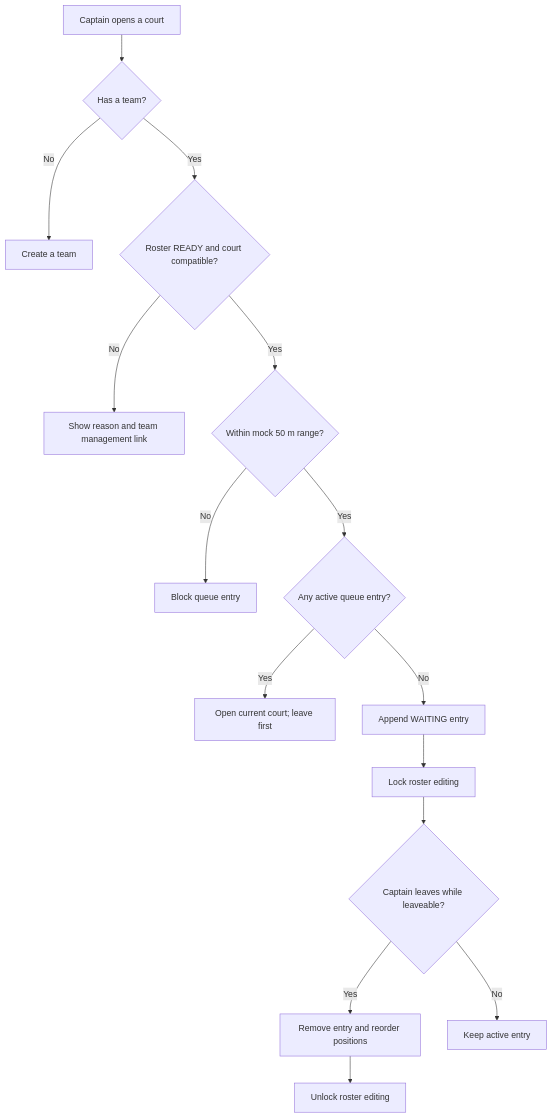
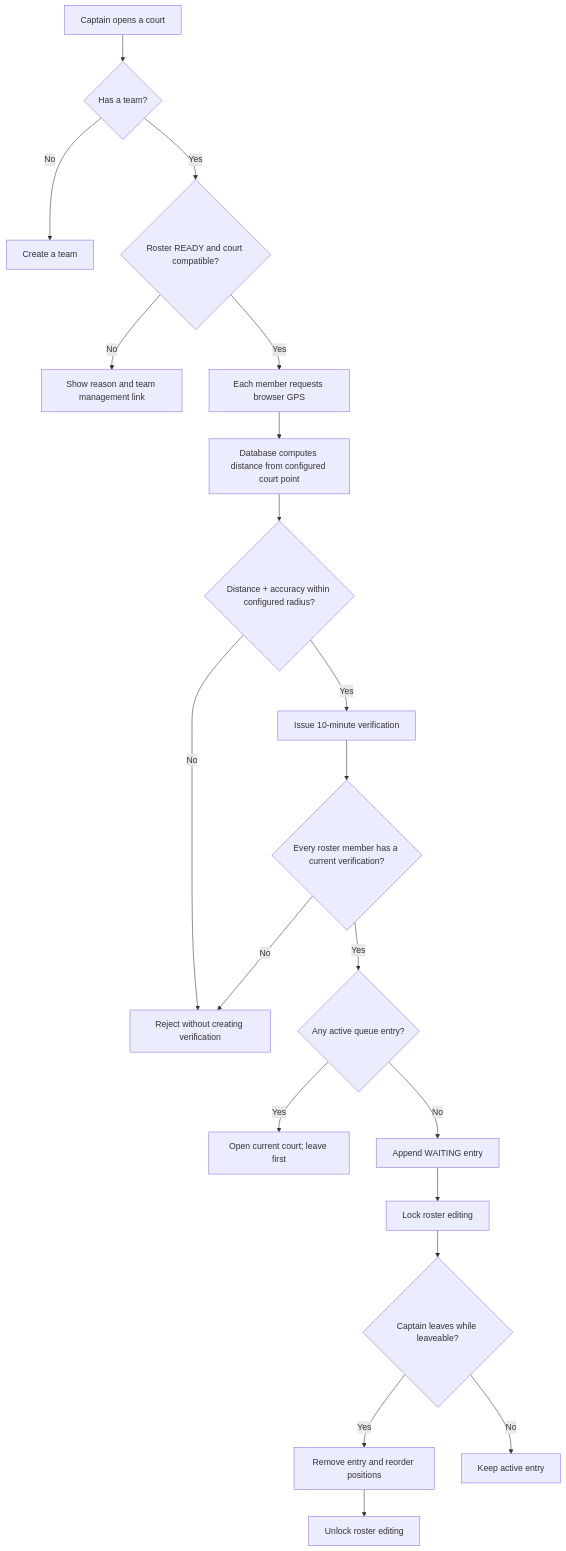
Before and after one commit to Nokpednam/MeQ-web-app: the diagram in docs/diagrams/court-queue-flow.mmd, drawn with Mermaid. The commit also changed 6 other files, not shown here.

```diff
--- a/docs/diagrams/court-queue-flow.mmd
+++ b/docs/diagrams/court-queue-flow.mmd
@@ -1,15 +1,20 @@
 flowchart TD
   A["Captain opens a court"] --> B{"Has a team?"}
   B -- No --> C["Create a team"]
   B -- Yes --> D{"Roster READY and court compatible?"}
   D -- No --> E["Show reason and team management link"]
-  D -- Yes --> F{"Within mock 50 m range?"}
-  F -- No --> G["Block queue entry"]
-  F -- Yes --> H{"Any active queue entry?"}
-  H -- Yes --> I["Open current court; leave first"]
-  H -- No --> J["Append WAITING entry"]
+  D -- Yes --> E1["Each member requests browser GPS"]
+  E1 --> F["Database computes distance from configured court point"]
+  F --> F1{"Distance + accuracy within configured radius?"}
+  F1 -- No --> G["Reject without creating verification"]
+  F1 -- Yes --> F2["Issue 10-minute verification"]
+  F2 --> H{"Every roster member has a current verification?"}
+  H -- No --> G
+  H -- Yes --> I{"Any active queue entry?"}
+  I -- Yes --> I1["Open current court; leave first"]
+  I -- No --> J["Append WAITING entry"]
   J --> K["Lock roster editing"]
   K --> L{"Captain leaves while leaveable?"}
   L -- Yes --> M["Remove entry and reorder positions"]
   M --> N["Unlock roster editing"]
   L -- No --> O["Keep active entry"]
```
